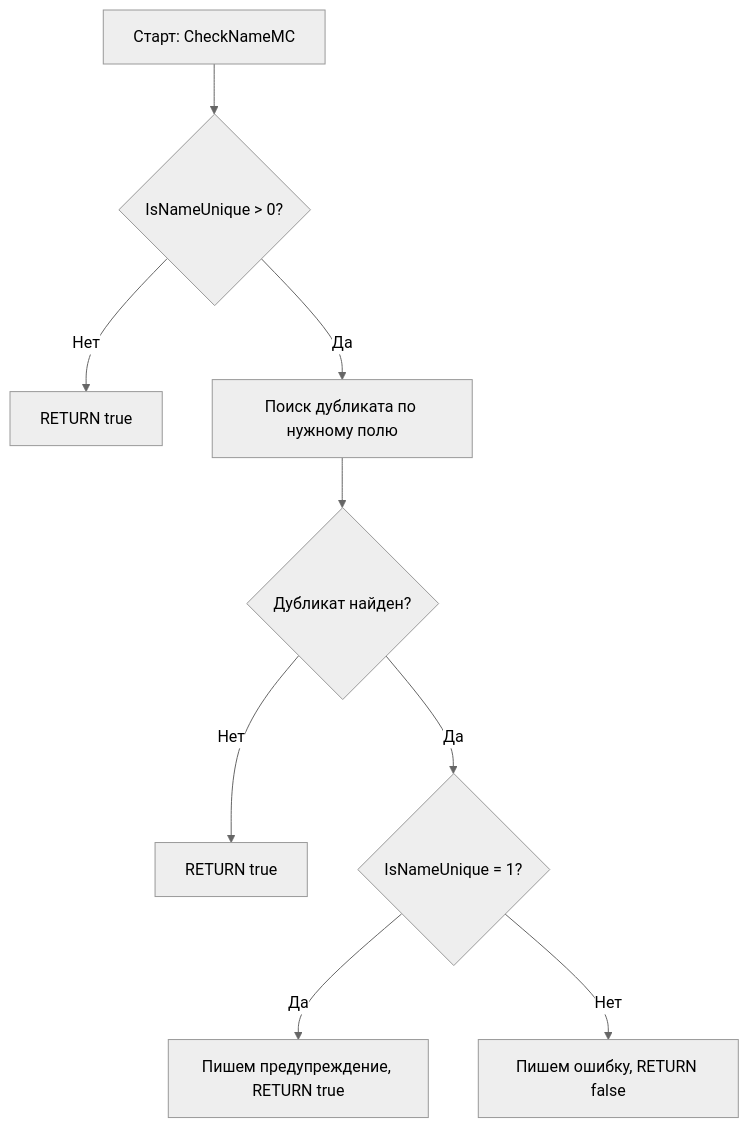
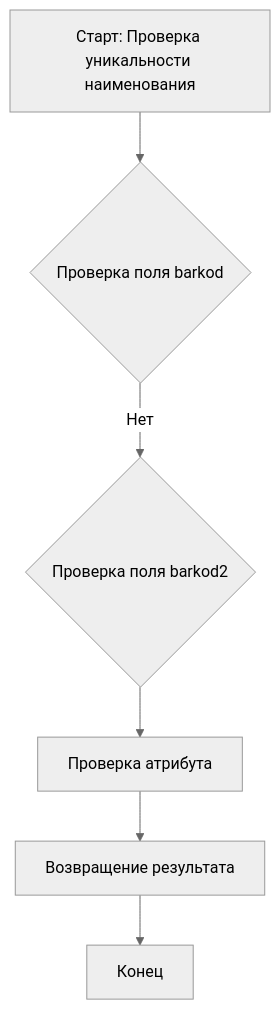
Before and after one commit to fivec/topsoft.JAM: the fifth of 20 diagrams in README.md, drawn with Mermaid (neutral theme). The commit also changed other lines of this file, not shown here.

````diff
--- a/README.md
+++ b/README.md
@@ -166,11 +194,8 @@
 ```mermaid
 flowchart TD
-A[Старт: CheckNameMC] --> B{IsNameUnique > 0?}
-B -- Нет --> C[RETURN true]
-B -- Да --> D[Поиск дубликата по нужному полю]
-D --> E{Дубликат найден?}
-E -- Нет --> F[RETURN true]
-E -- Да --> G{IsNameUnique = 1?}
-G -- Да --> H[Пишем предупреждение, RETURN true]
-G -- Нет --> I[Пишем ошибку, RETURN false]
+    A[Старт: Проверка уникальности наименования] --> B{Проверка поля barkod}
+    B -- Нет --> C{Проверка поля barkod2}
+    C --> D[Проверка атрибута]
+    D --> E[Возвращение результата]
+    E --> F[Конец]
 ```
````
